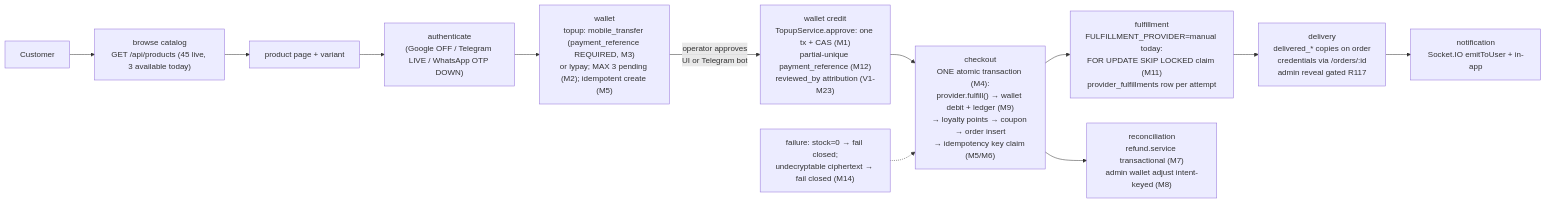
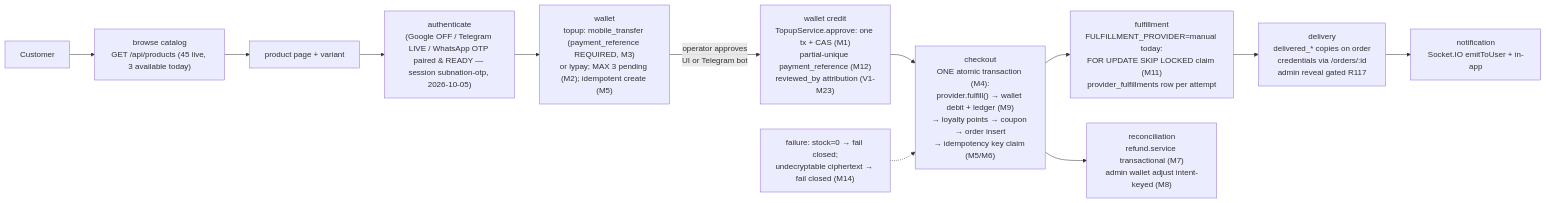
The diagram in docs/project-graph/06-commerce-flow.mmd (ahmadmedo1012/SubNation2), drawn with Mermaid before and after one commit. The commit also changed 43 other files, not shown here.

First line of the commit message:
docs(r119): post-merge truth pass — mission docs reconciled with the merged reality + operator surfaces

```diff
--- a/docs/project-graph/06-commerce-flow.mmd
+++ b/docs/project-graph/06-commerce-flow.mmd
@@ -1,14 +1,16 @@
 %% Commerce flow — customer money path (M1–M14 invariants in brackets)
+%% Wave-0 snapshot (2026-10-05) — superseded where contradicted by the merge (966d70f); see docs/project-state/source-of-truth.md.
+%% (Wave-0 stock figures below stay as snapshot evidence; WhatsApp OTP is paired & READY since 2026-10-05.)
 graph LR
     C["Customer"] --> B["browse catalog<br/>GET /api/products (45 live, 3 available today)"]
     B --> P["product page + variant"]
-    P --> AUTH["authenticate<br/>(Google OFF / Telegram LIVE / WhatsApp OTP DOWN)"]
+    P --> AUTH["authenticate<br/>(Google OFF / Telegram LIVE / WhatsApp OTP paired & READY — session subnation-otp, 2026-10-05)"]
     AUTH --> WAL["wallet<br/>topup: mobile_transfer (payment_reference REQUIRED, M3)<br/>or lypay; MAX 3 pending (M2); idempotent create (M5)"]
     WAL -->|operator approves<br/>UI or Telegram bot| CR["wallet credit<br/>TopupService.approve: one tx + CAS (M1)<br/>partial-unique payment_reference (M12)<br/>reviewed_by attribution (V1-M23)"]
     CR --> CO["checkout<br/>ONE atomic transaction (M4):<br/>provider.fulfill() → wallet debit + ledger (M9)<br/>→ loyalty points → coupon → order insert<br/>→ idempotency key claim (M5/M6)"]
     CO --> FUL["fulfillment<br/>FULFILLMENT_PROVIDER=manual today:<br/>FOR UPDATE SKIP LOCKED claim (M11)<br/>provider_fulfillments row per attempt"]
     FUL --> DEL["delivery<br/>delivered_* copies on order<br/>credentials via /orders/:id<br/>admin reveal gated R117"]
     DEL --> NTF["notification<br/>Socket.IO emitToUser + in-app"]
     CO --> REC["reconciliation<br/>refund.service transactional (M7)<br/>admin wallet adjust intent-keyed (M8)"]
 
     FAIL["failure: stock=0 → fail closed;<br/>undecryptable ciphertext → fail closed (M14)"] -.-> CO
```
